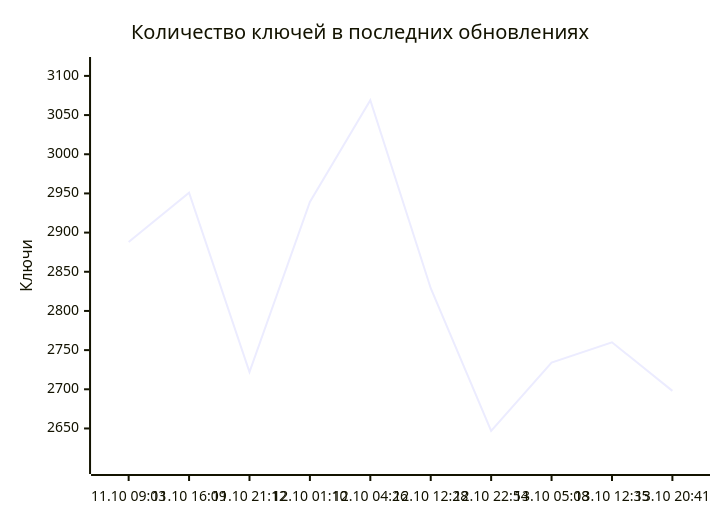
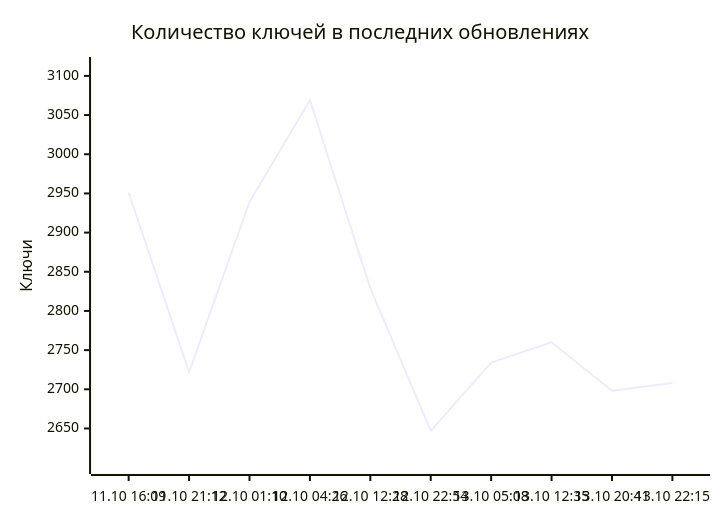
Before and after one commit to markKikhtenko/WireVeil: the diagram in README.md, drawn with Mermaid. The commit also changed other lines of this file and 12 other files, not shown here.

````diff
--- a/README.md
+++ b/README.md
@@ -55,7 +55,7 @@
 ```mermaid
 xychart-beta
     title "Количество ключей в последних обновлениях"
-    x-axis ["11.10 09:03", "11.10 16:09", "11.10 21:12", "12.10 01:10", "12.10 04:26", "12.10 12:28", "12.10 22:54", "13.10 05:08", "13.10 12:35", "13.10 20:41"]
+    x-axis ["11.10 16:09", "11.10 21:12", "12.10 01:10", "12.10 04:26", "12.10 12:28", "12.10 22:54", "13.10 05:08", "13.10 12:35", "13.10 20:41", "13.10 22:15"]
     y-axis "Ключи" 2604 --> 3112
-    line [2888, 2951, 2722, 2939, 3069, 2829, 2647, 2734, 2760, 2698]
+    line [2951, 2722, 2939, 3069, 2829, 2647, 2734, 2760, 2698, 2708]
 ```
````
